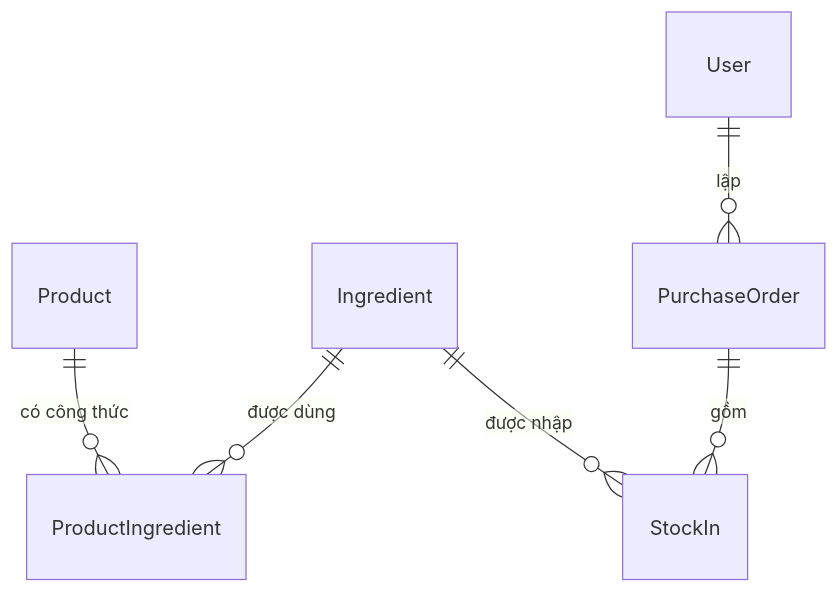
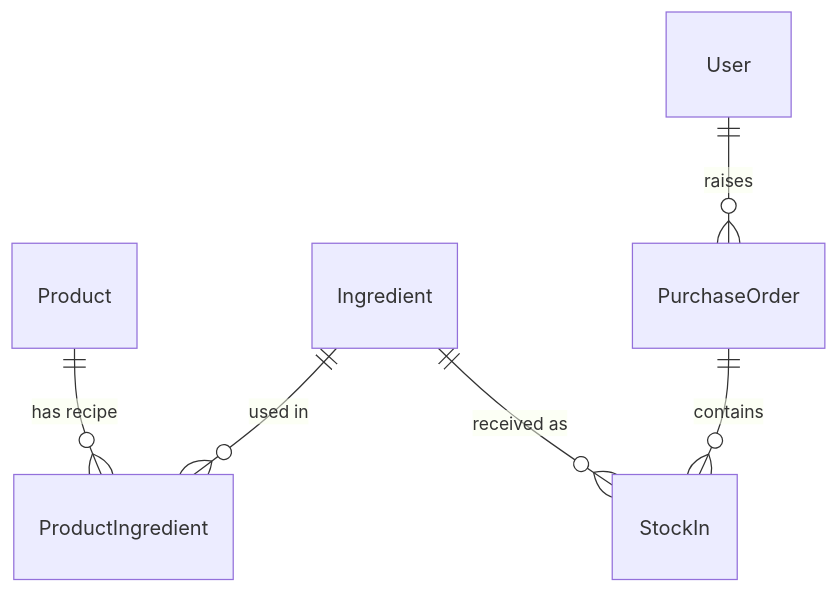
Before and after one commit to callmehai/Cafe-Shop-Management-System: the third of 3 diagrams in docs/erd.md, drawn with Mermaid. The commit also changed other lines of this file, not shown here.

Commit message:
docs: add Mermaid ER diagram documentation for system schema

````diff
--- a/docs/erd.md
+++ b/docs/erd.md
@@ -190,8 +190,8 @@
 ```mermaid
 erDiagram
-    Product ||--o{ ProductIngredient : "có công thức"
-    Ingredient ||--o{ ProductIngredient : "được dùng"
-    PurchaseOrder ||--o{ StockIn : "gồm"
-    Ingredient ||--o{ StockIn : "được nhập"
-    User ||--o{ PurchaseOrder : "lập"
+    Product ||--o{ ProductIngredient : "has recipe"
+    Ingredient ||--o{ ProductIngredient : "used in"
+    PurchaseOrder ||--o{ StockIn : "contains"
+    Ingredient ||--o{ StockIn : "received as"
+    User ||--o{ PurchaseOrder : "raises"
 ```
````
